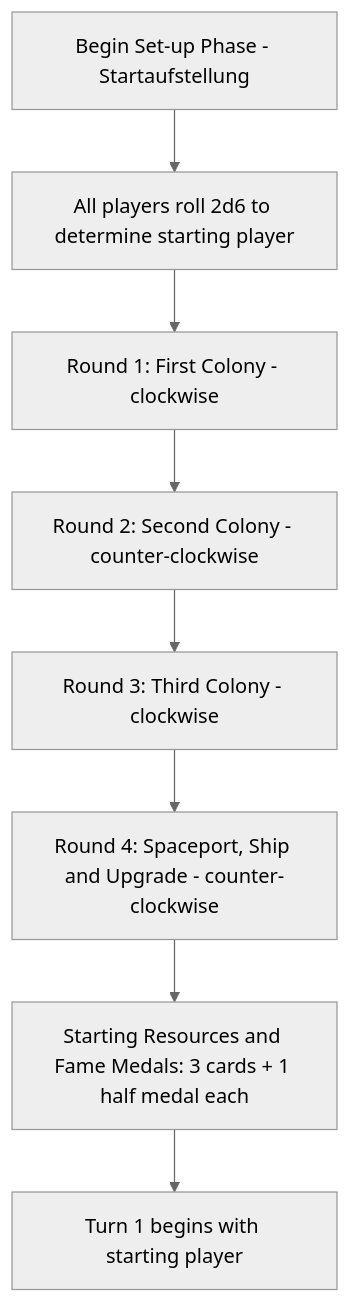
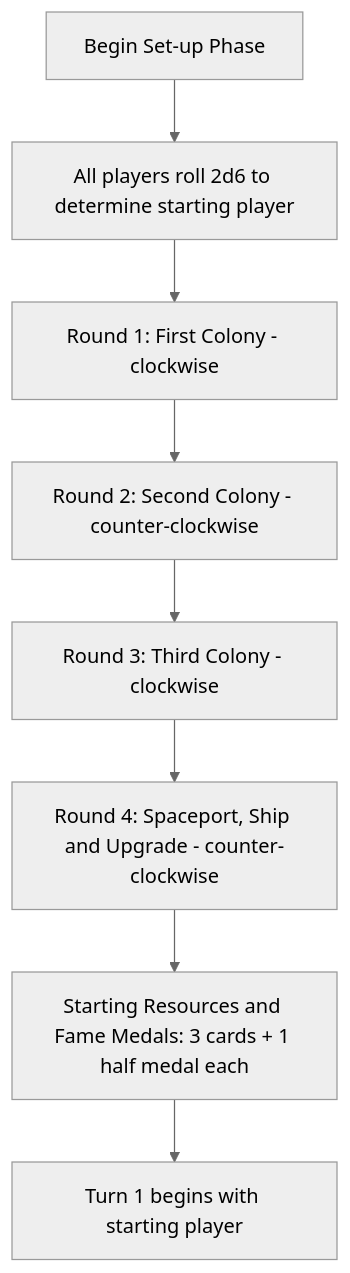
The second of 7 diagrams in README.md (Zork80/DeepSpacePioneers), drawn with Mermaid (neutral theme) before and after one commit. The commit also changed other lines of this file, not shown here.

````diff
--- a/README.md
+++ b/README.md
@@ -267,10 +267,10 @@
 ```mermaid
 flowchart TD
-    SetupStart["Begin Set-up Phase - Startaufstellung"] --> RollDice["All players roll 2d6 to determine starting player"]
+    SetupStart["Begin Set-up Phase"] --> RollDice["All players roll 2d6 to determine starting player"]
     RollDice --> Round1["Round 1: First Colony - clockwise"]
     Round1 --> Round2["Round 2: Second Colony - counter-clockwise"]
     Round2 --> Round3["Round 3: Third Colony - clockwise"]
     Round3 --> Round4["Round 4: Spaceport, Ship and Upgrade - counter-clockwise"]
     Round4 --> InitCards["Starting Resources and Fame Medals: 3 cards + 1 half medal each"]
     InitCards --> GameStart["Turn 1 begins with starting player"]
 ```
````
